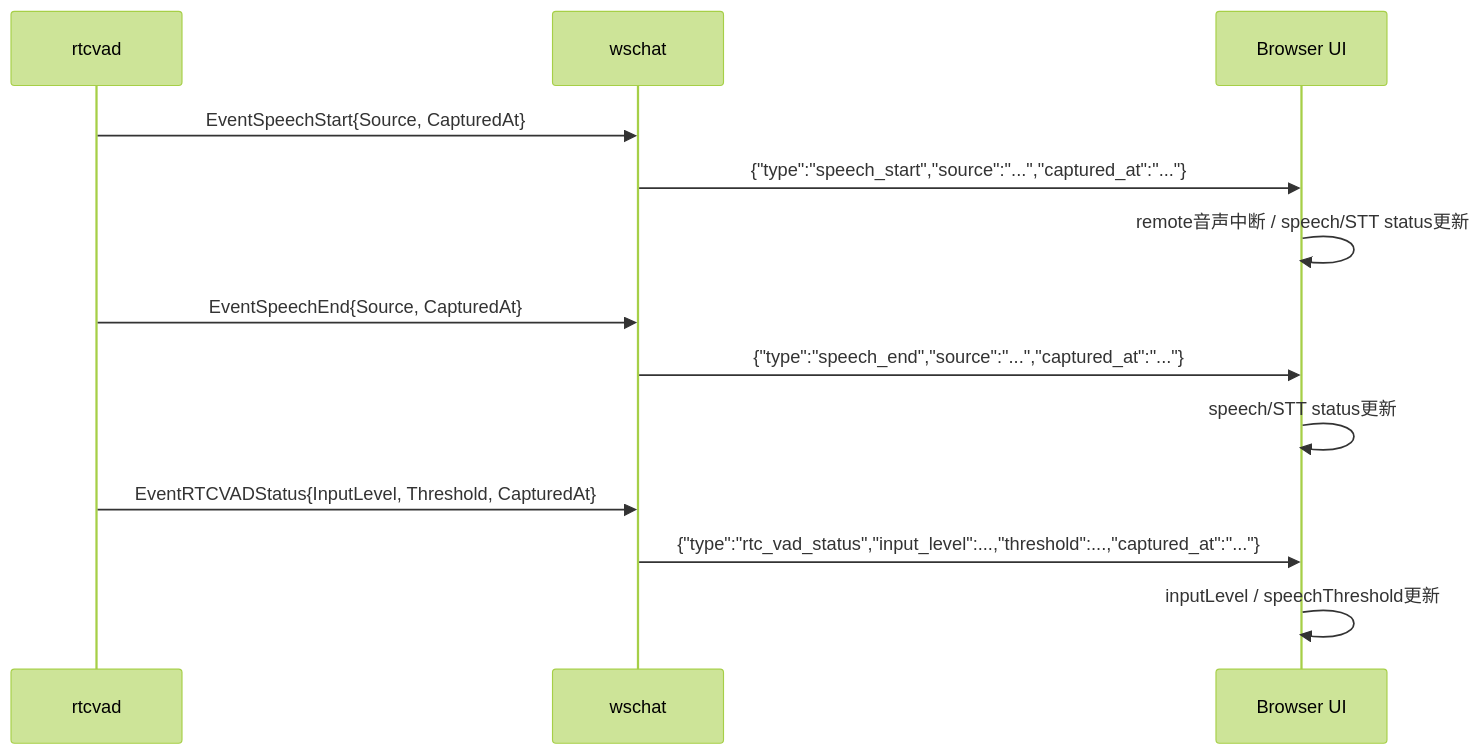
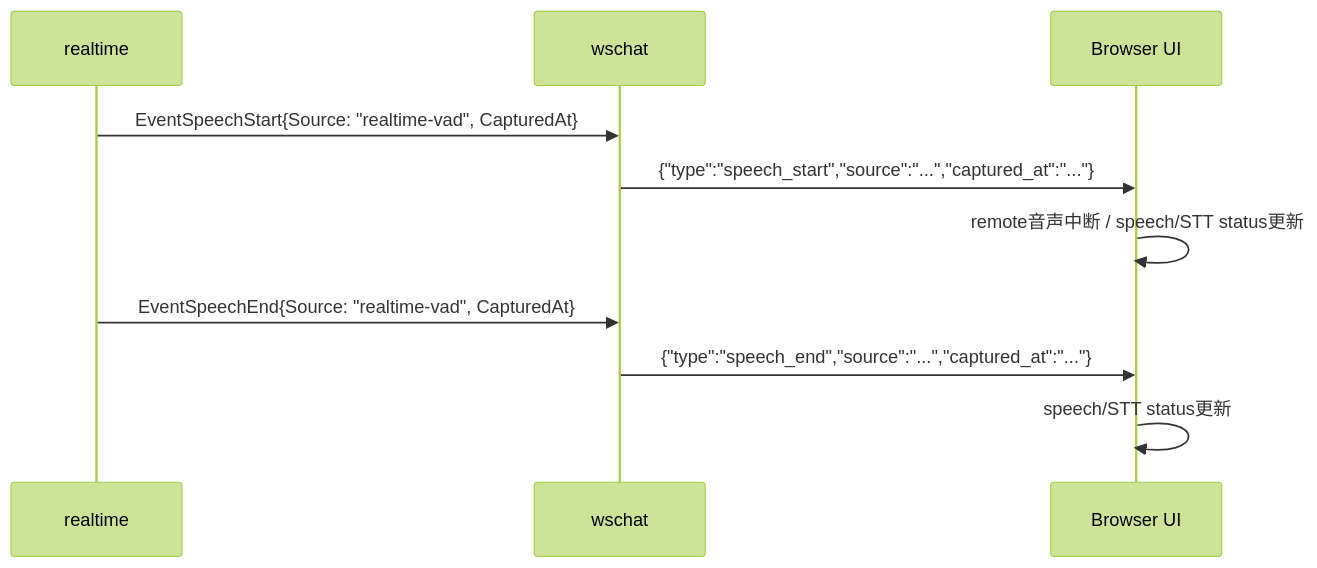
One commit to tetetratra/smart-speaker changed the third of 5 diagrams in docs/components/wschat.md. Above: the diagram before and after it, drawn with Mermaid (forest theme). The commit also changed other lines of this file and 56 other files, not shown here.

````diff
--- a/docs/components/wschat.md
+++ b/docs/components/wschat.md
@@ -118,16 +118,13 @@
 ```mermaid
 sequenceDiagram
-    participant VAD as rtcvad
+    participant RT as realtime
     participant WS as wschat
     participant UI as Browser UI
 
-    VAD->>WS: EventSpeechStart{Source, CapturedAt}
+    RT->>WS: EventSpeechStart{Source: "realtime-vad", CapturedAt}
     WS->>UI: {"type":"speech_start","source":"...","captured_at":"..."}
     UI->>UI: remote音声中断 / speech/STT status更新
-    VAD->>WS: EventSpeechEnd{Source, CapturedAt}
+    RT->>WS: EventSpeechEnd{Source: "realtime-vad", CapturedAt}
     WS->>UI: {"type":"speech_end","source":"...","captured_at":"..."}
     UI->>UI: speech/STT status更新
-    VAD->>WS: EventRTCVADStatus{InputLevel, Threshold, CapturedAt}
-    WS->>UI: {"type":"rtc_vad_status","input_level":...,"threshold":...,"captured_at":"..."}
-    UI->>UI: inputLevel / speechThreshold更新
 ```
````
